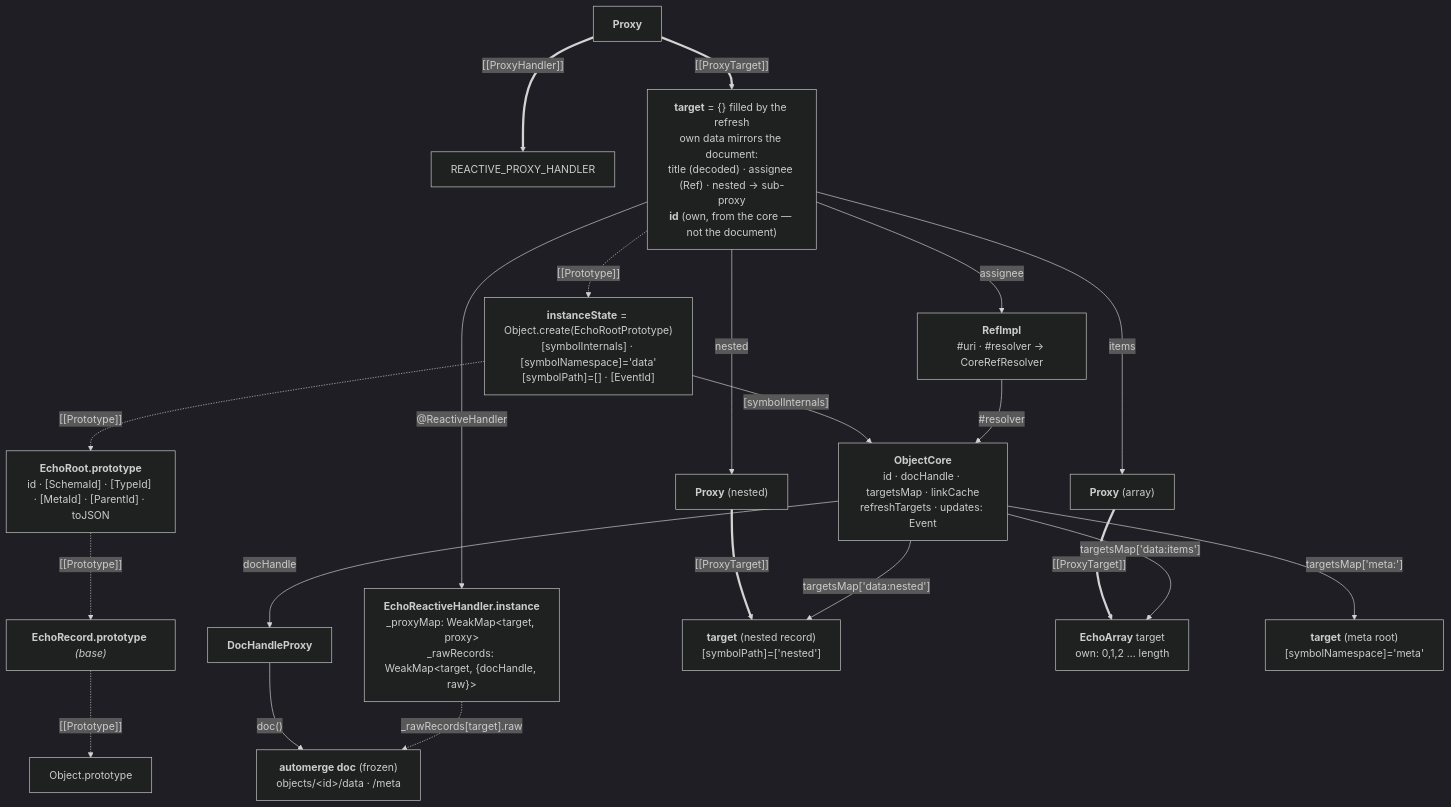
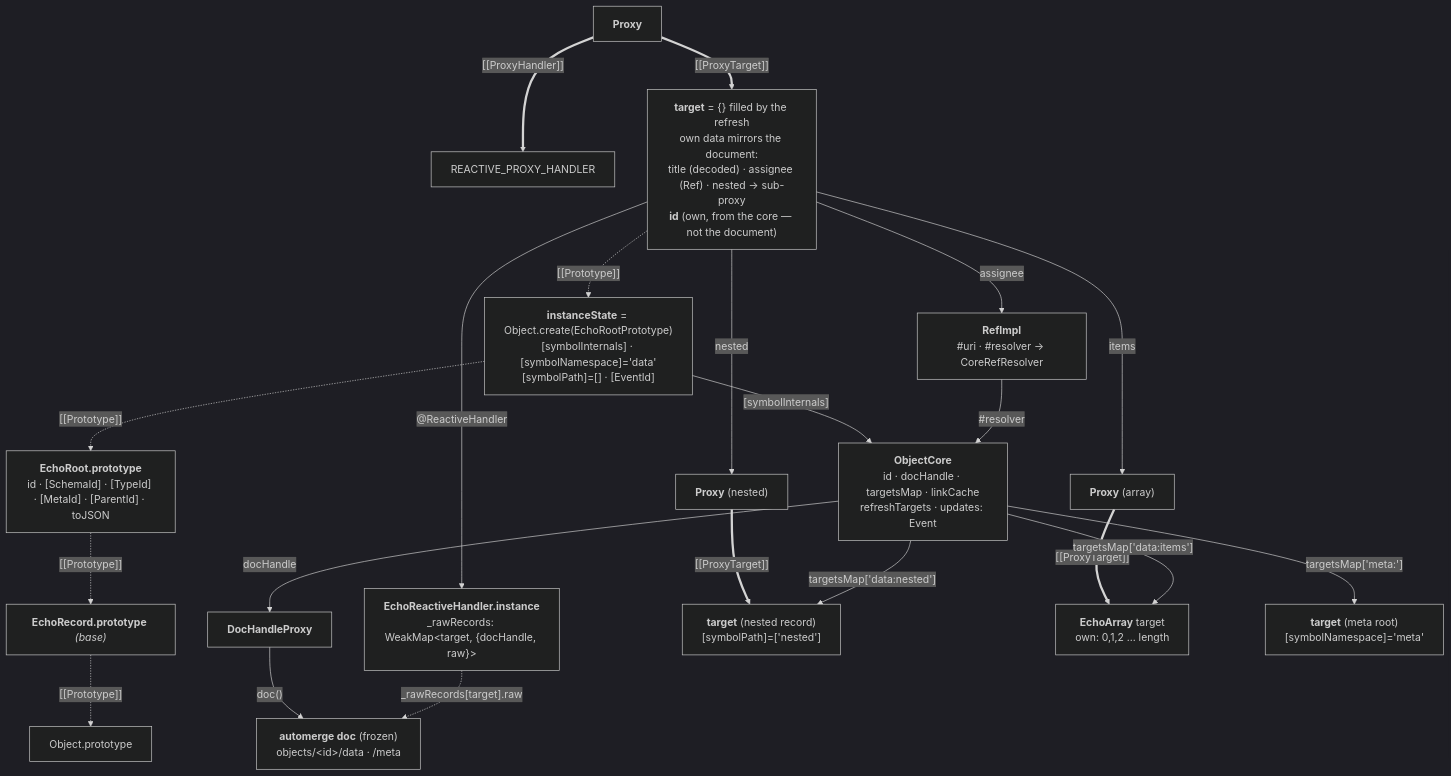
The third of 5 diagrams in .agents/projects/echo-plain-objects/OBJECT-LAYOUT.md (dxos/dxos), drawn with Mermaid (dark theme) before and after one commit. The commit also changed other lines of this file and 15 other files, not shown here.

````diff
--- a/.agents/projects/echo-plain-objects/OBJECT-LAYOUT.md
+++ b/.agents/projects/echo-plain-objects/OBJECT-LAYOUT.md
@@ -88,41 +109,41 @@
 ```mermaid
 graph TD
   P["<b>Proxy</b>"]
   H["REACTIVE_PROXY_HANDLER"]
   T["<b>target</b> = {} filled by the refresh<br/>own data mirrors the document:<br/>title (decoded) · assignee (Ref) · nested → sub-proxy<br/><b>id</b> (own, from the core — not the document)"]
   IS["<b>instanceState</b> = Object.create(EchoRootPrototype)<br/>[symbolInternals] · [symbolNamespace]='data'<br/>[symbolPath]=[] · [EventId]"]
   ER["<b>EchoRoot.prototype</b><br/>id · [SchemaId] · [TypeId] · [MetaId] · [ParentId] · toJSON"]
   ERC["<b>EchoRecord.prototype</b> <i>(base)</i>"]
   OP["Object.prototype"]
-  HANDLER["<b>EchoReactiveHandler.instance</b><br/>_proxyMap: WeakMap&lt;target, proxy&gt;<br/>_rawRecords: WeakMap&lt;target, {docHandle, raw}&gt;"]
+  HANDLER["<b>EchoReactiveHandler.instance</b><br/>_rawRecords: WeakMap&lt;target, {docHandle, raw}&gt;"]
   CORE["<b>ObjectCore</b><br/>id · docHandle · targetsMap · linkCache<br/>refreshTargets · updates: Event"]
   DH["<b>DocHandleProxy</b>"]
   DOC["<b>automerge doc</b> (frozen)<br/>objects/&lt;id&gt;/data · /meta"]
   REF["<b>RefImpl</b><br/>#uri · #resolver → CoreRefResolver"]
   NT["<b>target</b> (nested record)<br/>[symbolPath]=['nested']"]
   NP["<b>Proxy</b> (nested)"]
   AT["<b>EchoArray</b> target<br/>own: 0,1,2 … length"]
   AP["<b>Proxy</b> (array)"]
   MT["<b>target</b> (meta root)<br/>[symbolNamespace]='meta'"]
 
   P ==>|"[[ProxyTarget]]"| T
   P ==>|"[[ProxyHandler]]"| H
   T -.->|"[[Prototype]]"| IS
   IS -.->|"[[Prototype]]"| ER
   ER -.->|"[[Prototype]]"| ERC
   ERC -.->|"[[Prototype]]"| OP
   T -->|"@ReactiveHandler"| HANDLER
   IS -->|"[symbolInternals]"| CORE
   CORE -->|"docHandle"| DH
   DH -->|"doc()"| DOC
   T -->|"assignee"| REF
   REF -->|"#resolver"| CORE
   T -->|"nested"| NP
   NP ==>|"[[ProxyTarget]]"| NT
   T -->|"items"| AP
   AP ==>|"[[ProxyTarget]]"| AT
   CORE -->|"targetsMap['data:nested']"| NT
   CORE -->|"targetsMap['data:items']"| AT
   CORE -->|"targetsMap['meta:']"| MT
   HANDLER -.->|"_rawRecords[target].raw"| DOC
 ```
````
